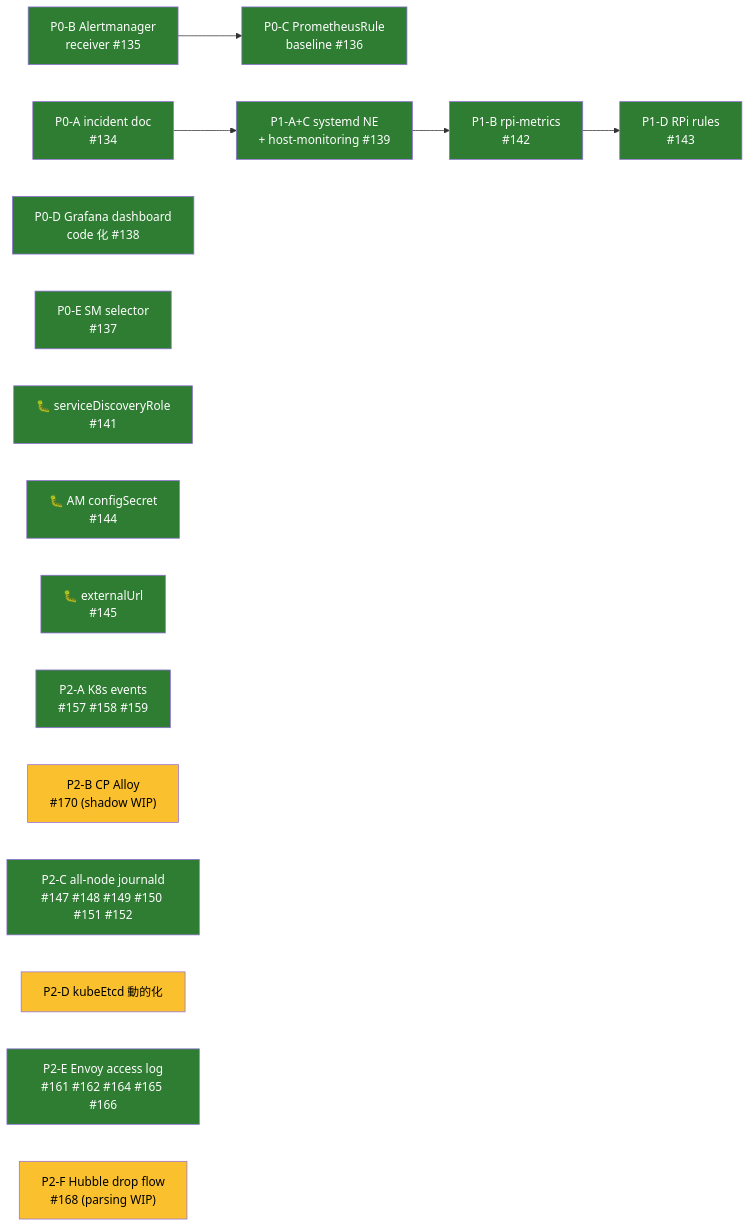
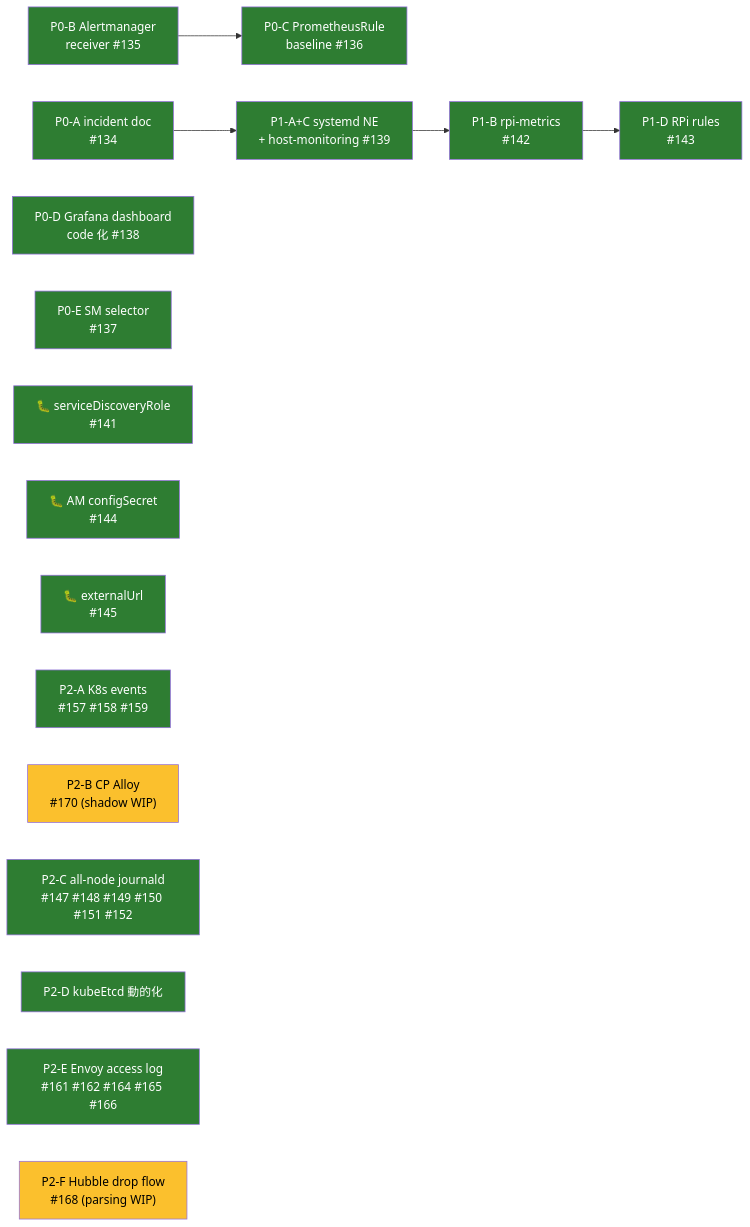
Before and after one commit to bright-room/br-cluster: the diagram in docs/observability-plan.md, drawn with Mermaid. The commit also changed other lines of this file and 8 other files, not shown here.

First line of the commit message:
feat(kube-prom-stack): generate k3s etcd endpoints from servers.yaml (P2-D)

````diff
--- a/docs/observability-plan.md
+++ b/docs/observability-plan.md
@@ -19,31 +19,31 @@
 ```mermaid
 flowchart LR
   classDef done fill:#2e7d32,color:#fff
   classDef p2 fill:#fbc02d,color:#000
   classDef p3 fill:#9e9e9e,color:#fff
 
   P0A["P0-A incident doc<br/>#134"]:::done
   P0B["P0-B Alertmanager<br/>receiver #135"]:::done
   P0C["P0-C PrometheusRule<br/>baseline #136"]:::done
   P0D["P0-D Grafana dashboard<br/>code 化 #138"]:::done
   P0E["P0-E SM selector<br/>#137"]:::done
   P0F["🐛 serviceDiscoveryRole<br/>#141"]:::done
 
   P1AC["P1-A+C systemd NE<br/>+ host-monitoring #139"]:::done
   P1B["P1-B rpi-metrics<br/>#142"]:::done
   P1D["P1-D RPi rules<br/>#143"]:::done
   P1F["🐛 AM configSecret<br/>#144"]:::done
   P1G["🐛 externalUrl<br/>#145"]:::done
 
   P2A["P2-A K8s events<br/>#157 #158 #159"]:::done
   P2B["P2-B CP Alloy<br/>#170 (shadow WIP)"]:::p2
   P2C["P2-C all-node journald<br/>#147 #148 #149 #150 #151 #152"]:::done
-  P2D["P2-D kubeEtcd 動的化"]:::p2
+  P2D["P2-D kubeEtcd 動的化"]:::done
   P2E["P2-E Envoy access log<br/>#161 #162 #164 #165 #166"]:::done
   P2F["P2-F Hubble drop flow<br/>#168 (parsing WIP)"]:::p2
 
   P0A --> P1AC
   P0B --> P0C
   P1AC --> P1B
   P1B --> P1D
 ```
````
